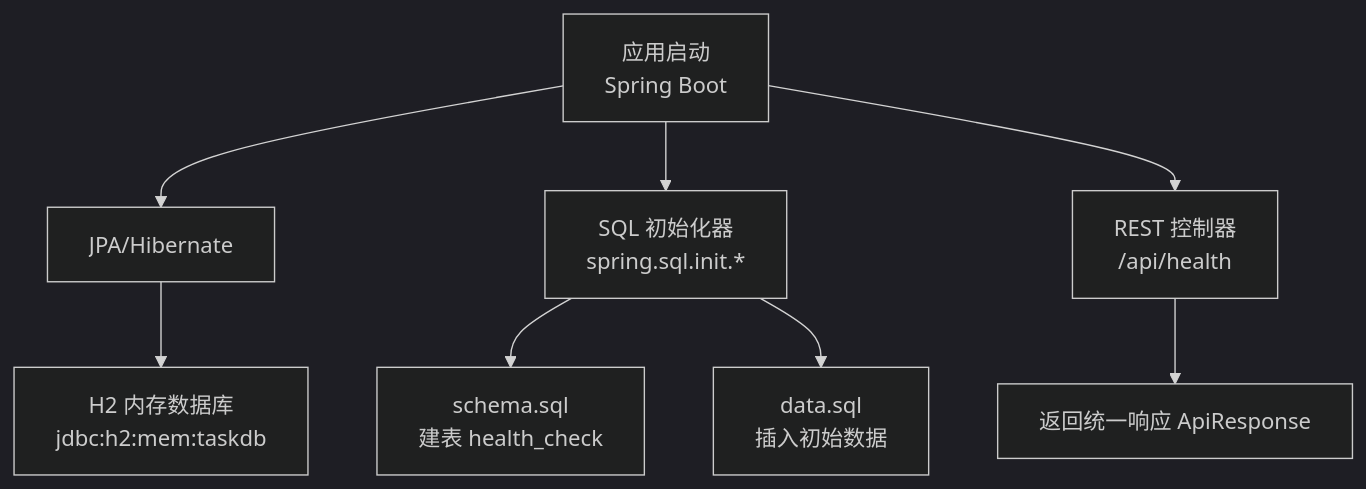
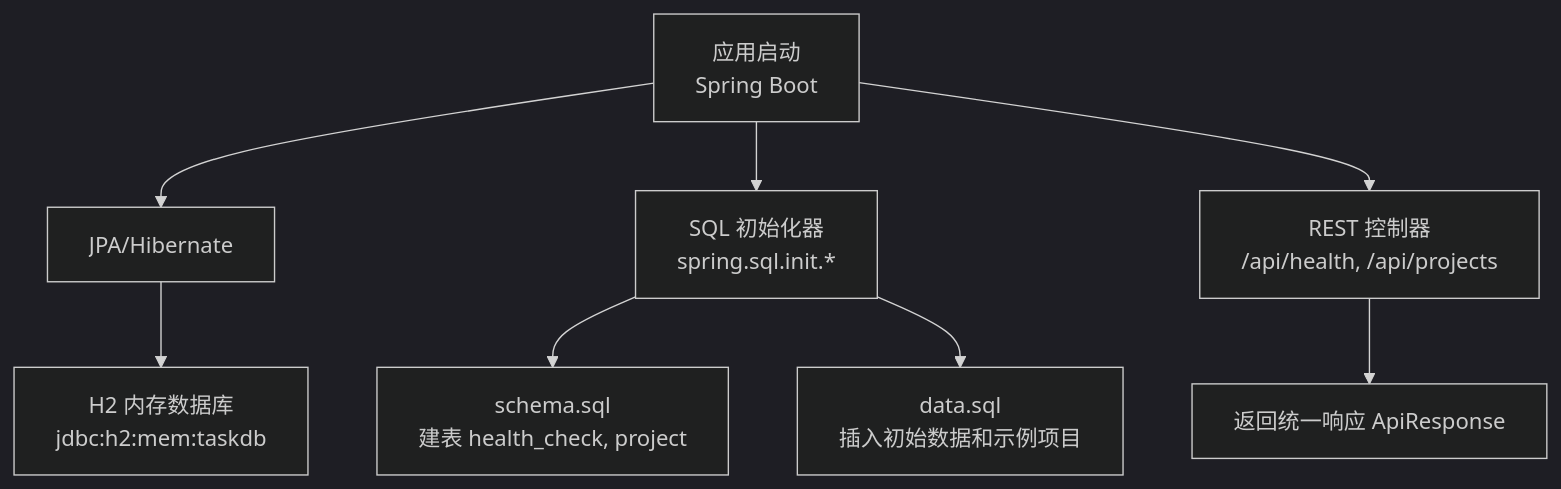
One commit to zhou9832/test1-qoder changed the first of 5 diagrams in .qoder/repowiki/zh/content/数据库设计.md. Above: the diagram before and after it, drawn with Mermaid (dark theme). The commit also changed other lines of this file and 48 other files, not shown here.

````diff
--- a/.qoder/repowiki/zh/content/数据库设计.md
+++ b/.qoder/repowiki/zh/content/数据库设计.md
@@ -32,10 +45,10 @@
 ```mermaid
 graph TB
 A["应用启动<br/>Spring Boot"] --> B["JPA/Hibernate"]
 B --> C["H2 内存数据库<br/>jdbc:h2:mem:taskdb"]
 A --> D["SQL 初始化器<br/>spring.sql.init.*"]
-D --> E["schema.sql<br/>建表 health_check"]
-D --> F["data.sql<br/>插入初始数据"]
-A --> G["REST 控制器<br/>/api/health"]
+D --> E["schema.sql<br/>建表 health_check, project"]
+D --> F["data.sql<br/>插入初始数据和示例项目"]
+A --> G["REST 控制器<br/>/api/health, /api/projects"]
 G --> H["返回统一响应 ApiResponse"]
 ```
````
